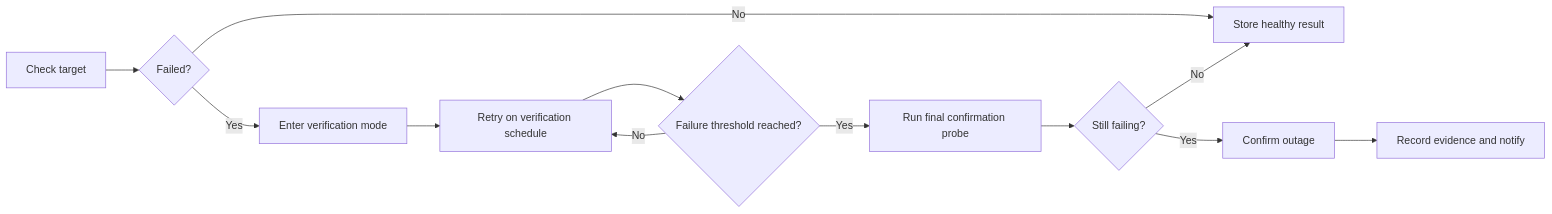
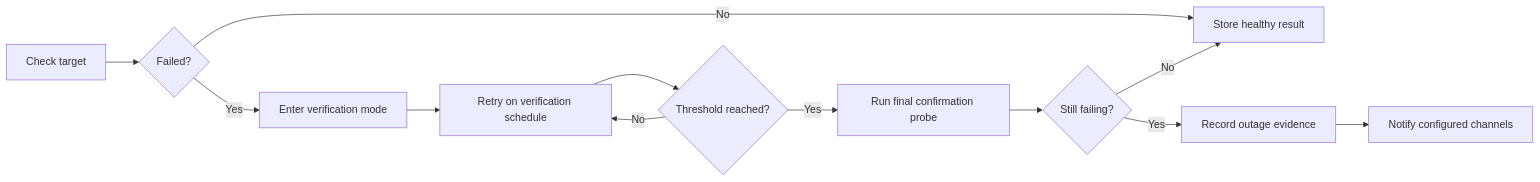
One commit to febroine/sentrovia-monitoring changed the first of 2 diagrams in README.md. Above: the diagram before and after it, drawn with Mermaid. The commit also changed other lines of this file and 14 other files, not shown here.

````diff
--- a/README.md
+++ b/README.md
@@ -65,14 +94,14 @@
 ```mermaid
 flowchart LR
     A["Check target"] --> B{"Failed?"}
     B -- "No" --> C["Store healthy result"]
     B -- "Yes" --> D["Enter verification mode"]
     D --> E["Retry on verification schedule"]
-    E --> F{"Failure threshold reached?"}
+    E --> F{"Threshold reached?"}
     F -- "No" --> E
     F -- "Yes" --> G["Run final confirmation probe"]
     G --> H{"Still failing?"}
     H -- "No" --> C
-    H -- "Yes" --> I["Confirm outage"]
-    I --> J["Record evidence and notify"]
+    H -- "Yes" --> I["Record outage evidence"]
+    I --> J["Notify configured channels"]
 ```
````
